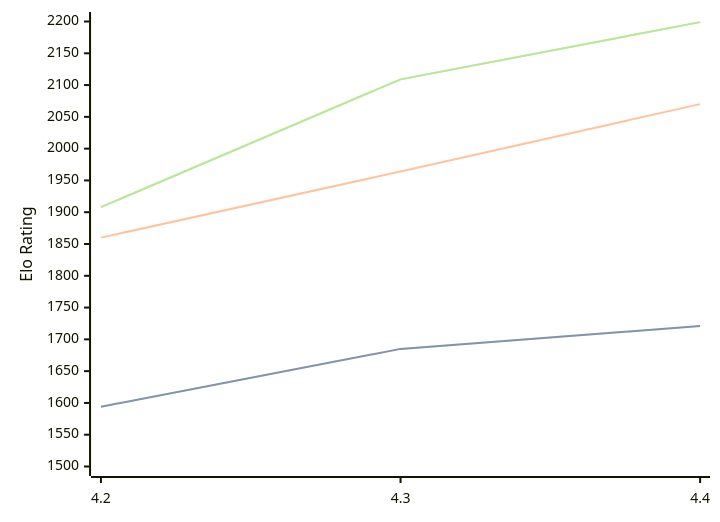
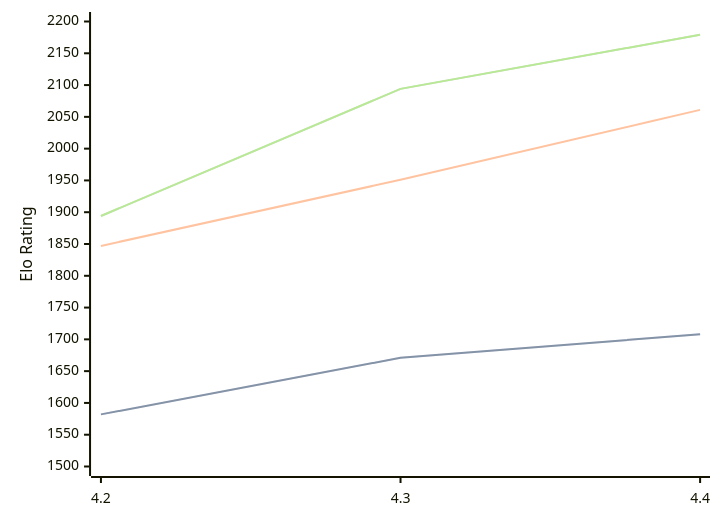
One commit to computer-chess-index/cci changed the diagram in engines/Radiance.md. Above: the diagram before and after it, drawn with Mermaid. The commit also changed other lines of this file, not shown here.

Commit message:
Update CCI Ratings (ELO VLTC) - 2026-05-20

````diff
--- a/engines/Radiance.md
+++ b/engines/Radiance.md
@@ -36,11 +36,11 @@
 ```mermaid
 %%{init: {"theme":"base","themeVariables":{"seriesColors:['#a3a3a3','#222221','#faa371']}}}%%
 xychart-beta
   x-axis ["4.2", "4.3", "4.4"]
   y-axis "Elo Rating" 1500 --> 2200
-  line "STC (8.0+0.08s)" [1594, 1685, 1721]
-  line "STC (8.0+0.08s)" [1594, 1685, 1721]
-  line "LTC (60.0+0.60s)" [1860, 1964, 2070]
-  line "VLTC (2m24s+1.12s)" [1908, 2109, 2199]
-  line "VLTC (2m24s+1.12s)" [1908, 2109, 2199]
+  line "STC (8.0+0.08s)" [1582, 1671, 1708]
+  line "STC (8.0+0.08s)" [1582, 1671, 1708]
+  line "LTC (60.0+0.60s)" [1847, 1951, 2061]
+  line "VLTC (2m24s+1.12s)" [1894, 2094, 2179]
+  line "VLTC (2m24s+1.12s)" [1894, 2094, 2179]
 ```
````
